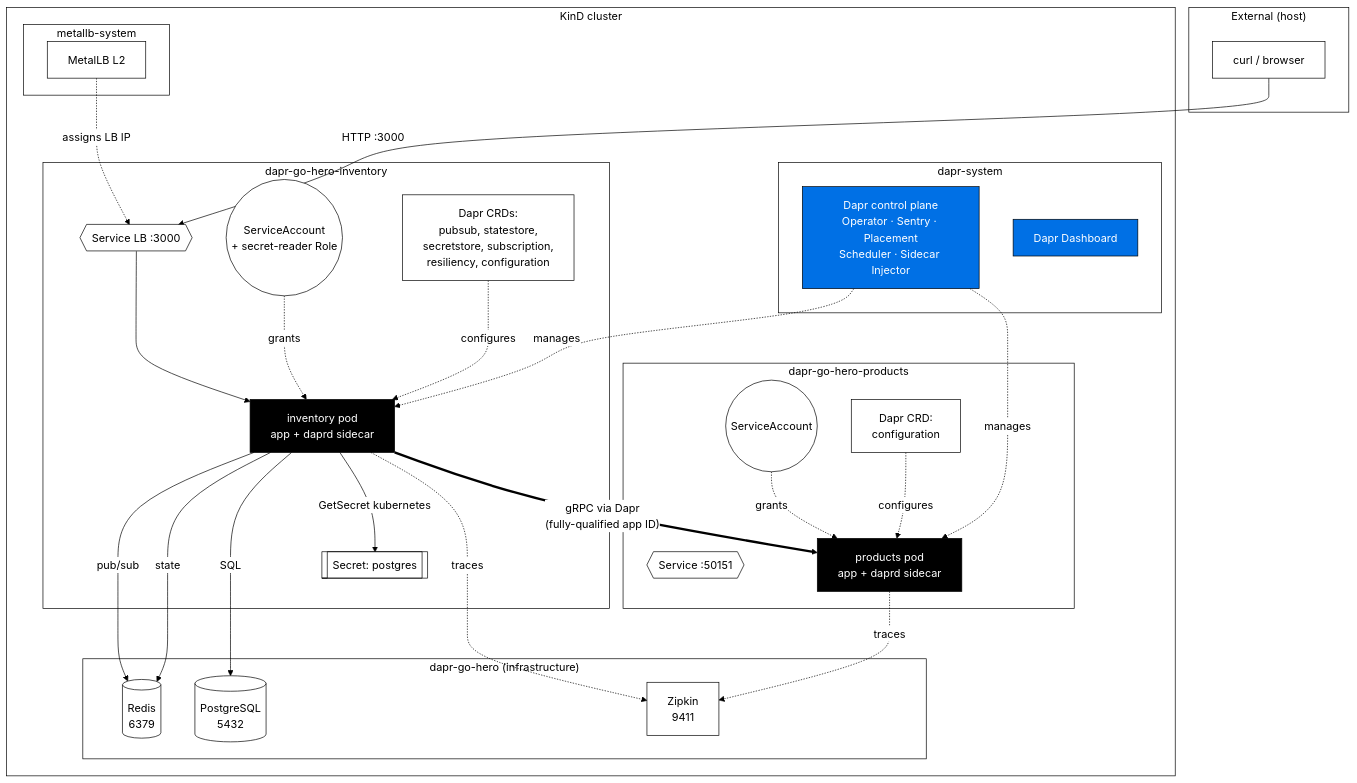
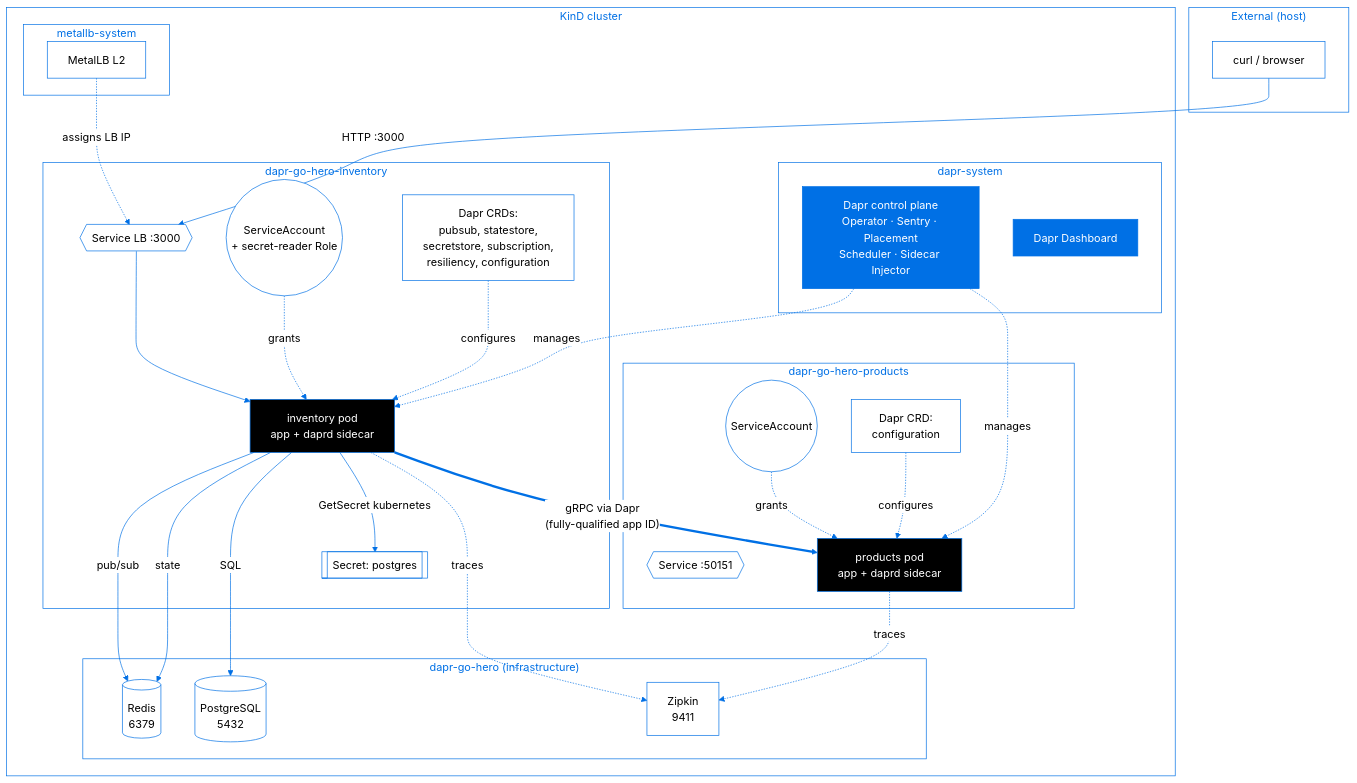
The first of 2 diagrams in README.md (AndriyKalashnykov/dapr-go-hero), drawn with Mermaid before and after one commit. The commit also changed other lines of this file, not shown here.

Commit message:
docs: make both Mermaid diagrams readable in GitHub dark mode
The sequence diagram was unreadable in dark mode because GitHub's
renderer leaves the SVG canvas transparent — signal arrows and labels
rendered black on the dark page background (invisible).

Fix: use blue #0070E5 for everything that sits on the transparent
canvas (arrows, signal labels, loop/alt condition text, subgraph
titles, cluster borders, actor lifelines). Keep black only for text
INSIDE white-filled boxes (note bodies, actor labels, node labels) —
those stay readable because the white fill contrasts against any
page background.

Palette is now cross-mode safe:
- Blue #0070E5: arrows, transparent-canvas text, activation bars,
  alt/else label boxes, cluster borders
- Black #000000: text inside white boxes, emphasized box fills
- White #FFFFFF: box fills, overall background, edge-label pills

Verified via mermaid-cli render with -b '#0D1117' (GitHub dark canvas):
both diagrams readable. Light-mode rendering unchanged visually.

````diff
--- a/README.md
+++ b/README.md
@@ -258,66 +258,66 @@
 ```mermaid
-%%{init: {'theme':'base','themeVariables':{'background':'#FFFFFF','fontFamily':'ui-sans-serif, system-ui, sans-serif','primaryColor':'#FFFFFF','primaryTextColor':'#000000','primaryBorderColor':'#000000','secondaryColor':'#FFFFFF','tertiaryColor':'#FFFFFF','lineColor':'#000000','edgeLabelBackground':'#FFFFFF','clusterBkg':'#FFFFFF','clusterBorder':'#000000','titleColor':'#000000'}}}%%
+%%{init: {'theme':'base','themeVariables':{'background':'#FFFFFF','fontFamily':'ui-sans-serif, system-ui, sans-serif','primaryColor':'#FFFFFF','primaryTextColor':'#000000','primaryBorderColor':'#000000','secondaryColor':'#FFFFFF','tertiaryColor':'#FFFFFF','lineColor':'#0070E5','edgeLabelBackground':'#FFFFFF','clusterBkg':'#FFFFFF','clusterBorder':'#0070E5','titleColor':'#0070E5'}}}%%
 graph TB
   subgraph Client["External (host)"]
     C[curl / browser]
   end
 
   subgraph Cluster["KinD cluster"]
     subgraph MetalLB["metallb-system"]
       ML[MetalLB L2]
     end
 
     subgraph DaprSystem["dapr-system"]
       DS[Dapr control plane<br/>Operator · Sentry · Placement<br/>Scheduler · Sidecar Injector]
       DD[Dapr Dashboard]
     end
 
     subgraph Infra["dapr-go-hero (infrastructure)"]
       R[(Redis<br/>6379)]
       P[(PostgreSQL<br/>5432)]
       Z[Zipkin<br/>9411]
     end
 
     subgraph InvNS["dapr-go-hero-inventory"]
       ISVC{{Service LB :3000}}
       IPOD[inventory pod<br/>app + daprd sidecar]
       ISEC[[Secret: postgres]]
       ISA((ServiceAccount<br/>+ secret-reader Role))
       ICRD[Dapr CRDs:<br/>pubsub, statestore,<br/>secretstore, subscription,<br/>resiliency, configuration]
     end
 
     subgraph ProdNS["dapr-go-hero-products"]
       PSVC{{Service :50151}}
       PPOD[products pod<br/>app + daprd sidecar]
       PSA((ServiceAccount))
       PCRD[Dapr CRD:<br/>configuration]
     end
 
     ML -.assigns LB IP.-> ISVC
     C -->|HTTP :3000| ISVC --> IPOD
 
     IPOD -->|pub/sub| R
     IPOD -->|state| R
     IPOD -->|SQL| P
     IPOD -->|GetSecret kubernetes| ISEC
     IPOD -.->|traces| Z
     PPOD -.->|traces| Z
 
     IPOD ==>|"gRPC via Dapr<br/>(fully-qualified app ID)"| PPOD
 
     DS -.manages.-> IPOD
     DS -.manages.-> PPOD
     ISA -.grants.-> IPOD
     PSA -.grants.-> PPOD
     ICRD -.configures.-> IPOD
     PCRD -.configures.-> PPOD
   end
 
-  classDef plain fill:#FFFFFF,stroke:#000000,color:#000000,stroke-width:1px
-  classDef dapr fill:#0070E5,stroke:#000000,color:#FFFFFF,stroke-width:1px
-  classDef emphasis fill:#000000,stroke:#000000,color:#FFFFFF,stroke-width:1px
+  classDef plain fill:#FFFFFF,stroke:#0070E5,color:#000000,stroke-width:1px
+  classDef dapr fill:#0070E5,stroke:#0070E5,color:#FFFFFF,stroke-width:1px
+  classDef emphasis fill:#000000,stroke:#0070E5,color:#FFFFFF,stroke-width:1px
 
   class C,ML,R,P,Z,ISEC,ISA,ICRD,PSA,PCRD,ISVC,PSVC plain
   class DS,DD dapr
   class IPOD,PPOD emphasis
 ```
````
